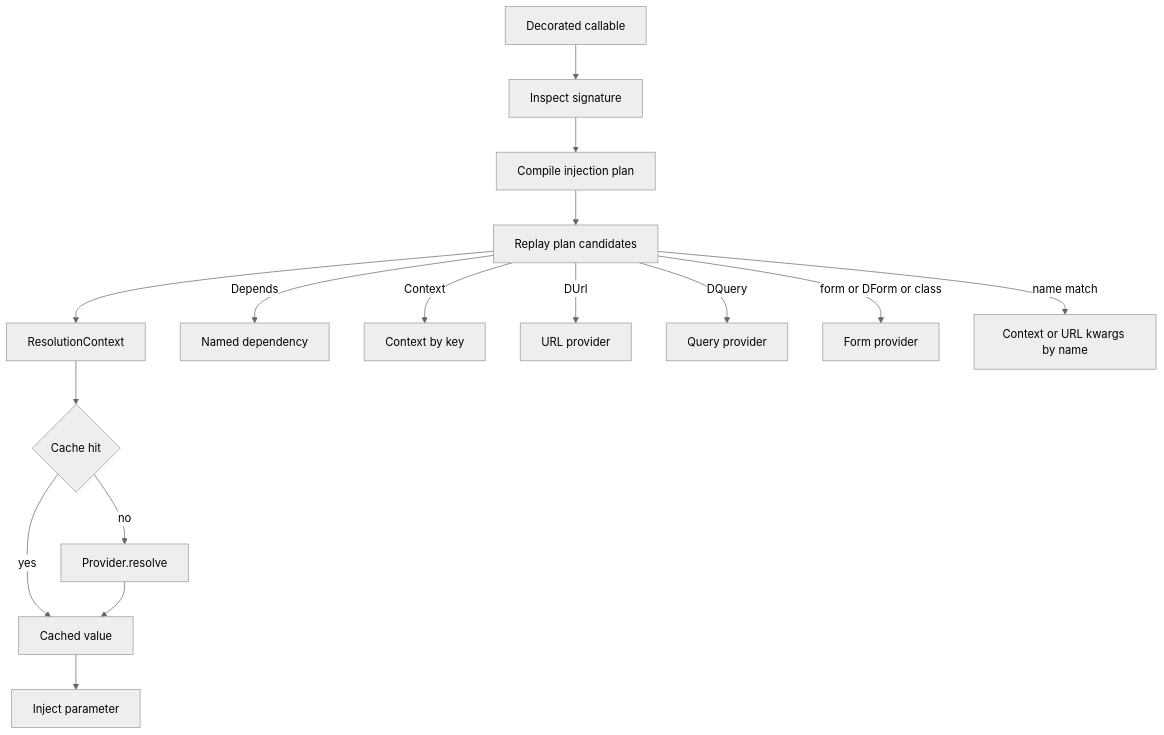
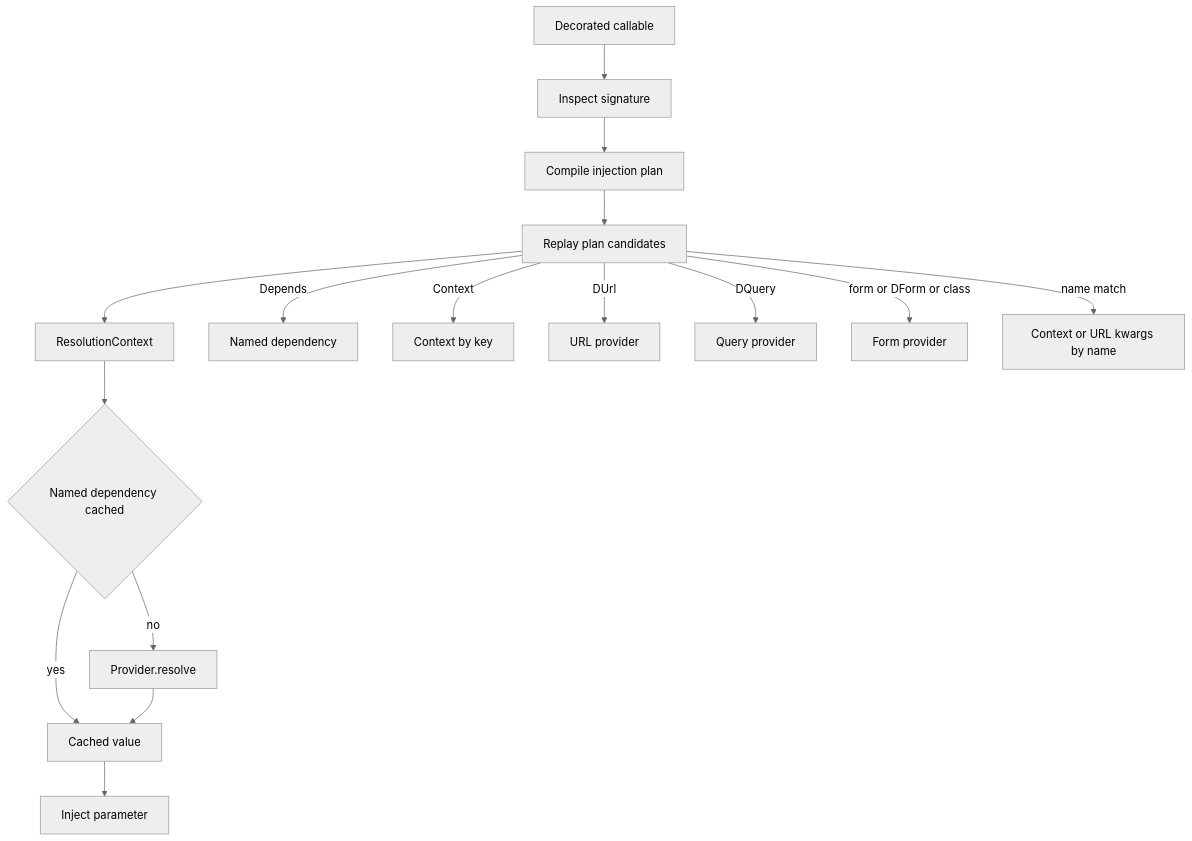
The diagram in docs/content/internals/di-resolver.rst (next-dj/next-dj), drawn with Mermaid (neutral theme) before and after one commit. The commit also changed other lines of this file and 133 other files, not shown here.

```diff
--- a/docs/content/internals/di-resolver.rst
+++ b/docs/content/internals/di-resolver.rst
@@ -24,18 +24,18 @@
 .. mermaid::
 
    flowchart TB
        Callable[Decorated callable] --> Sig[Inspect signature]
        Sig --> Plan[Compile injection plan]
        Plan --> Providers[Replay plan candidates]
        Providers --> Resolution[ResolutionContext]
-       Resolution --> Cache{Cache hit}
+       Resolution --> Cache{Named dependency cached}
        Cache -- yes --> Value[Cached value]
        Cache -- no --> Provider[Provider.resolve]
        Provider --> Value
        Value --> Inject[Inject parameter]
        Providers -- Depends --> NamedDep[Named dependency]
        Providers -- Context --> CtxByKey[Context by key]
        Providers -- DUrl --> UrlProv[URL provider]
        Providers -- DQuery --> QueryProv[Query provider]
        Providers -- form or DForm or class --> FormProv[Form provider]
        Providers -- name match --> NameProv[Context or URL kwargs by name]
```
